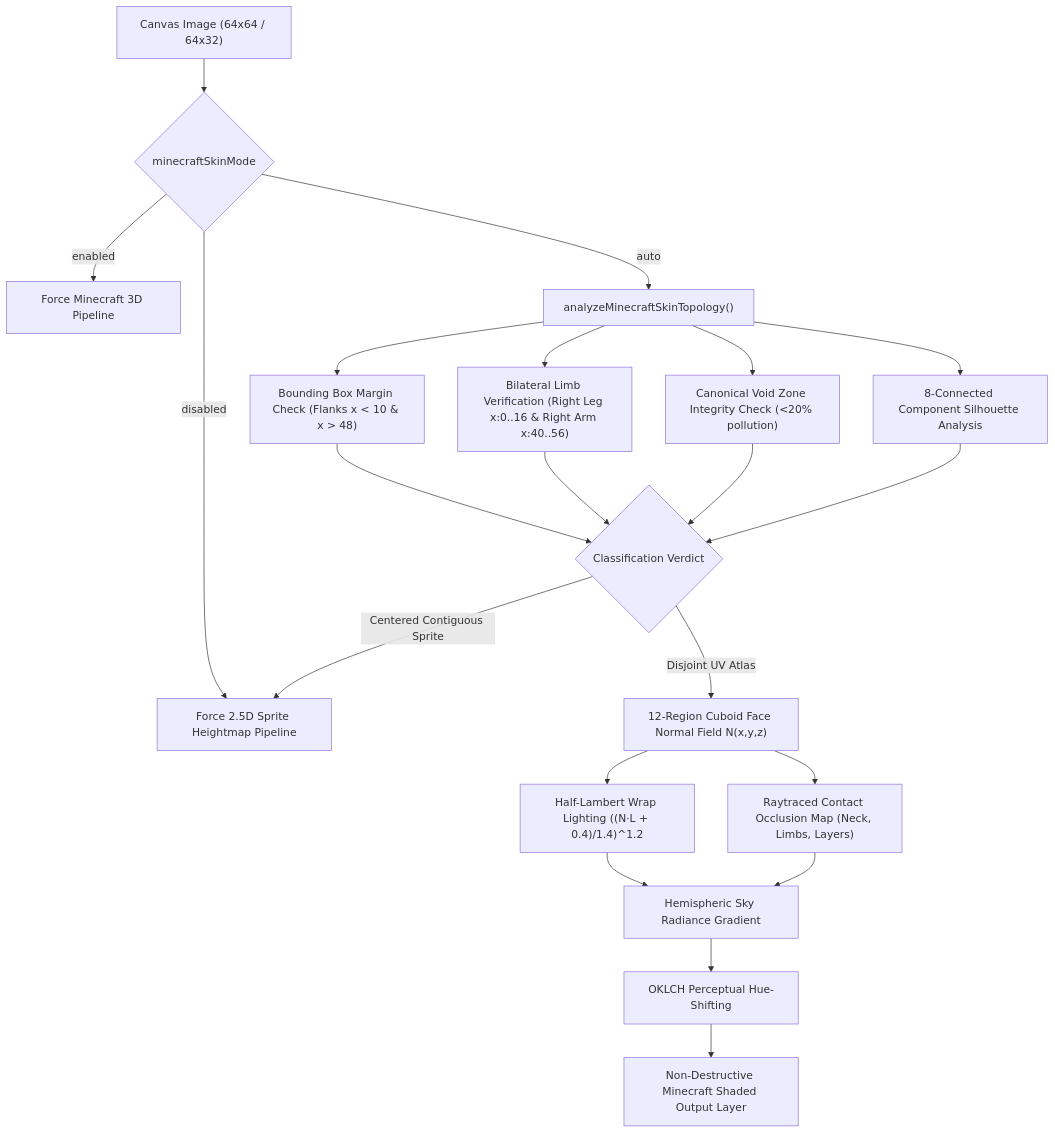
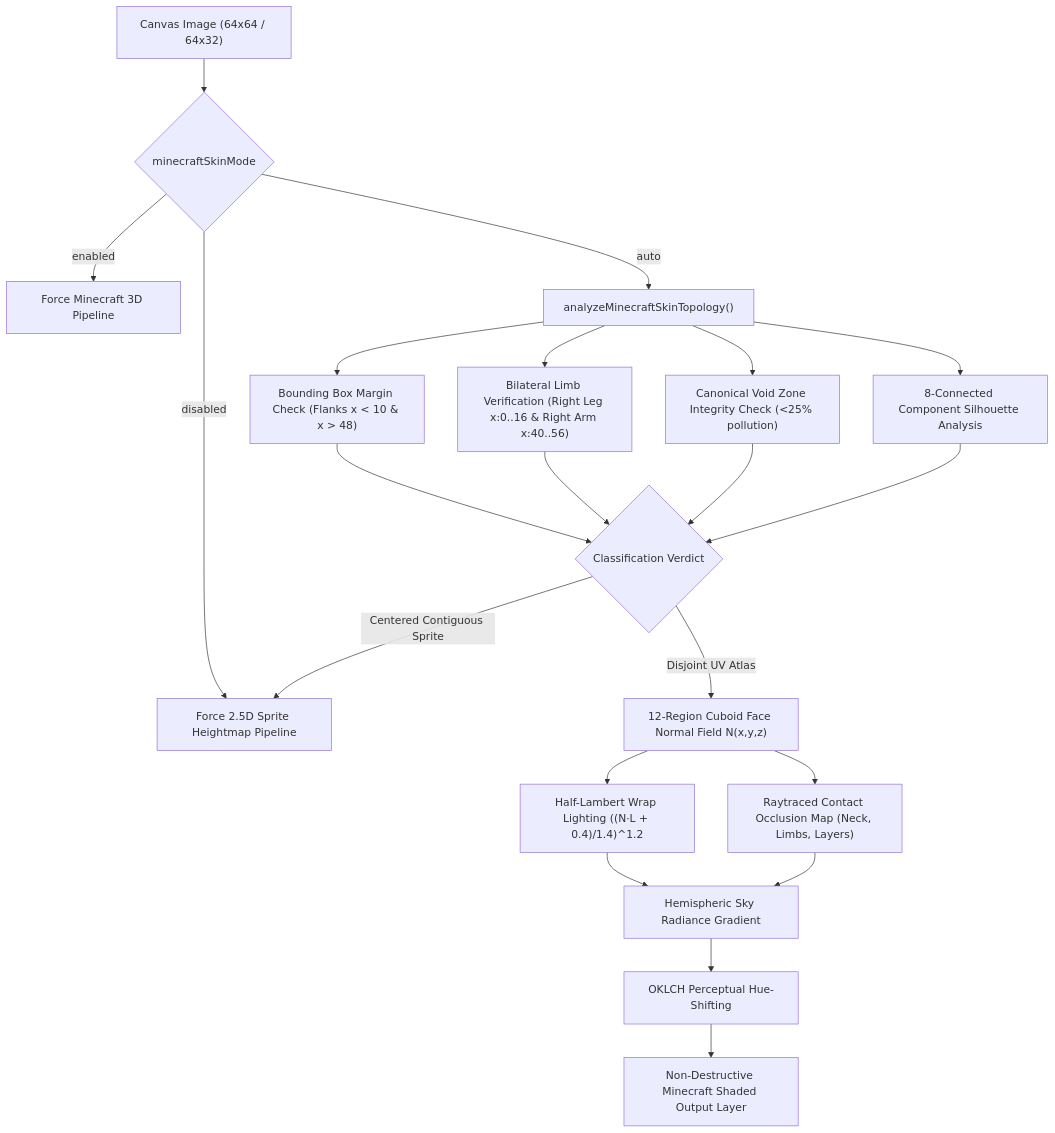
Before and after one commit to lxcario/PixiBun: the fourth of 6 diagrams in ARCHITECTURE.md, drawn with Mermaid. The commit also changed other lines of this file and 155 other files, not shown here.

````diff
--- a/ARCHITECTURE.md
+++ b/ARCHITECTURE.md
@@ -292,19 +280,19 @@
 ```mermaid
 graph TD
     Canvas["Canvas Image (64x64 / 64x32)"] --> ModeCheck{"minecraftSkinMode"}
     ModeCheck -->|enabled| ForceSkin["Force Minecraft 3D Pipeline"]
     ModeCheck -->|disabled| Force2p5D["Force 2.5D Sprite Heightmap Pipeline"]
     ModeCheck -->|auto| TopoAnalysis["analyzeMinecraftSkinTopology()"]
     TopoAnalysis --> BoundingBox["Bounding Box Margin Check (Flanks x < 10 & x > 48)"]
     TopoAnalysis --> Limbs["Bilateral Limb Verification (Right Leg x:0..16 & Right Arm x:40..56)"]
-    TopoAnalysis --> Voids["Canonical Void Zone Integrity Check (<20% pollution)"]
+    TopoAnalysis --> Voids["Canonical Void Zone Integrity Check (<25% pollution)"]
     TopoAnalysis --> Components["8-Connected Component Silhouette Analysis"]
     BoundingBox & Limbs & Voids & Components --> Decision{"Classification Verdict"}
     Decision -->|Disjoint UV Atlas| UVMap["12-Region Cuboid Face Normal Field N(x,y,z)"]
     Decision -->|Centered Contiguous Sprite| Force2p5D
     UVMap --> HalfLambert["Half-Lambert Wrap Lighting ((N·L + 0.4)/1.4)^1.2"]
     UVMap --> ContactAO["Raytraced Contact Occlusion Map (Neck, Limbs, Layers)"]
     HalfLambert & ContactAO --> SkyDome["Hemispheric Sky Radiance Gradient"]
     SkyDome --> OKLCH["OKLCH Perceptual Hue-Shifting"]
     OKLCH --> FinalSkin["Non-Destructive Minecraft Shaded Output Layer"]
 ```
````
